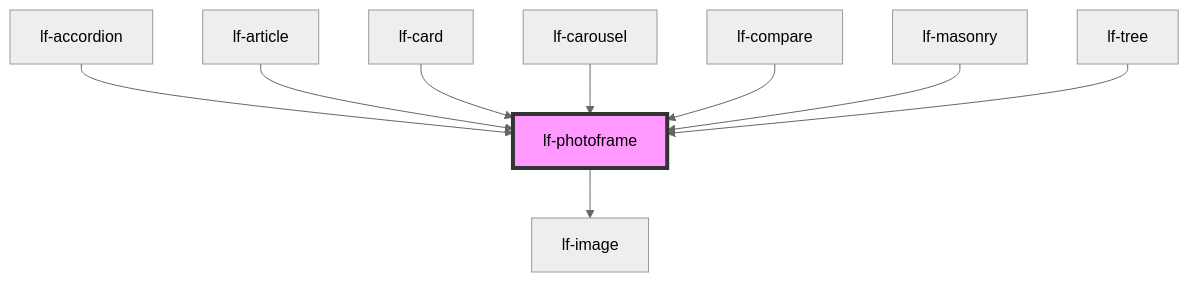
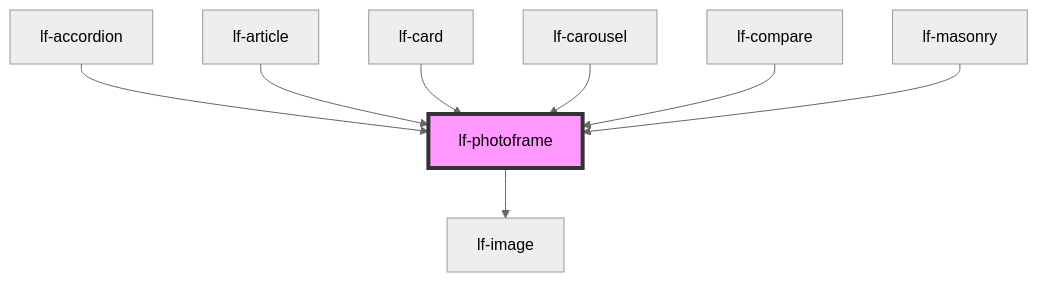
The diagram in packages/core/src/components/lf-photoframe/readme.md (lucafoscili/lf-widgets), drawn with Mermaid (neutral theme) before and after one commit. The commit also changed other lines of this file and 16 other files, not shown here.

````diff
--- a/packages/core/src/components/lf-photoframe/readme.md
+++ b/packages/core/src/components/lf-photoframe/readme.md
@@ -111,12 +110,11 @@
 ```mermaid
 graph TD;
   lf-photoframe --> lf-image
   lf-accordion --> lf-photoframe
   lf-article --> lf-photoframe
   lf-card --> lf-photoframe
   lf-carousel --> lf-photoframe
   lf-compare --> lf-photoframe
   lf-masonry --> lf-photoframe
-  lf-tree --> lf-photoframe
   style lf-photoframe fill:#f9f,stroke:#333,stroke-width:4px
 ```
````
